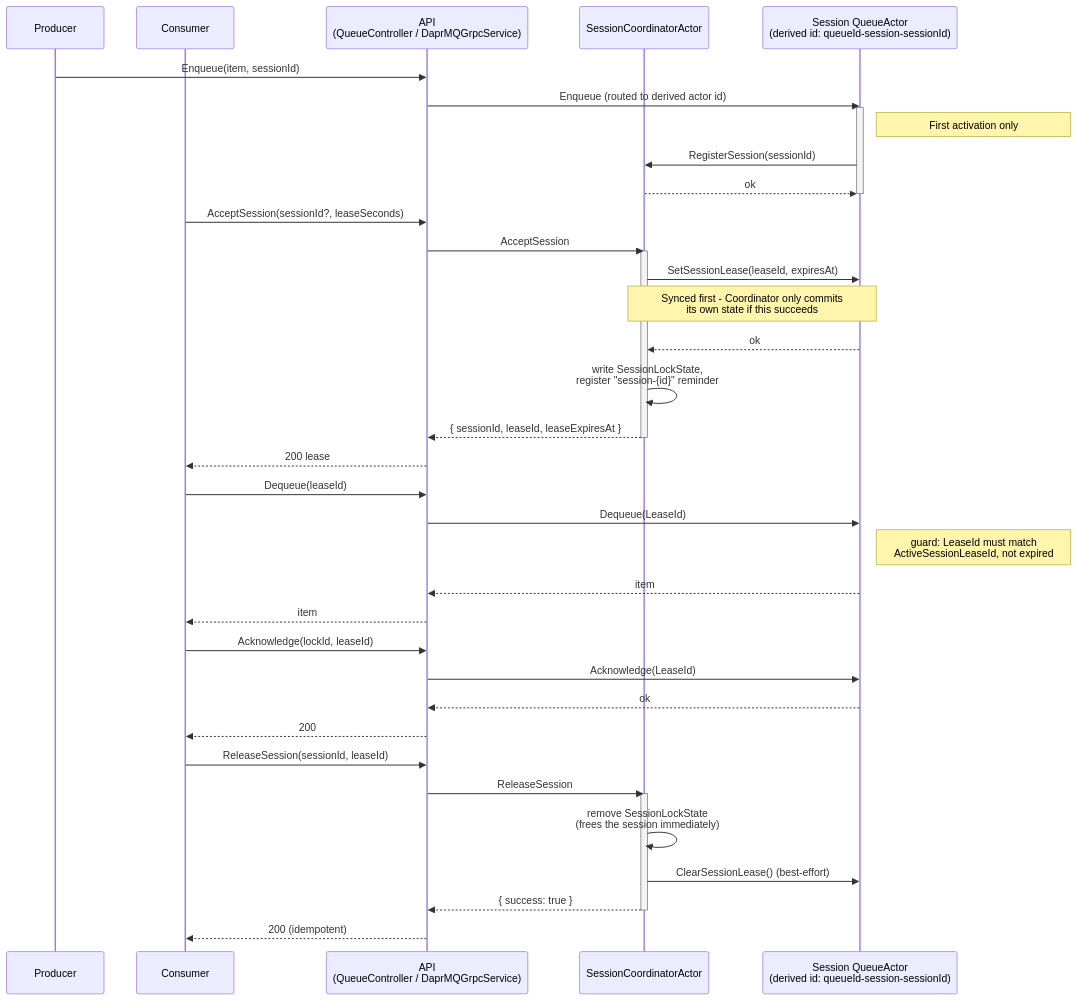
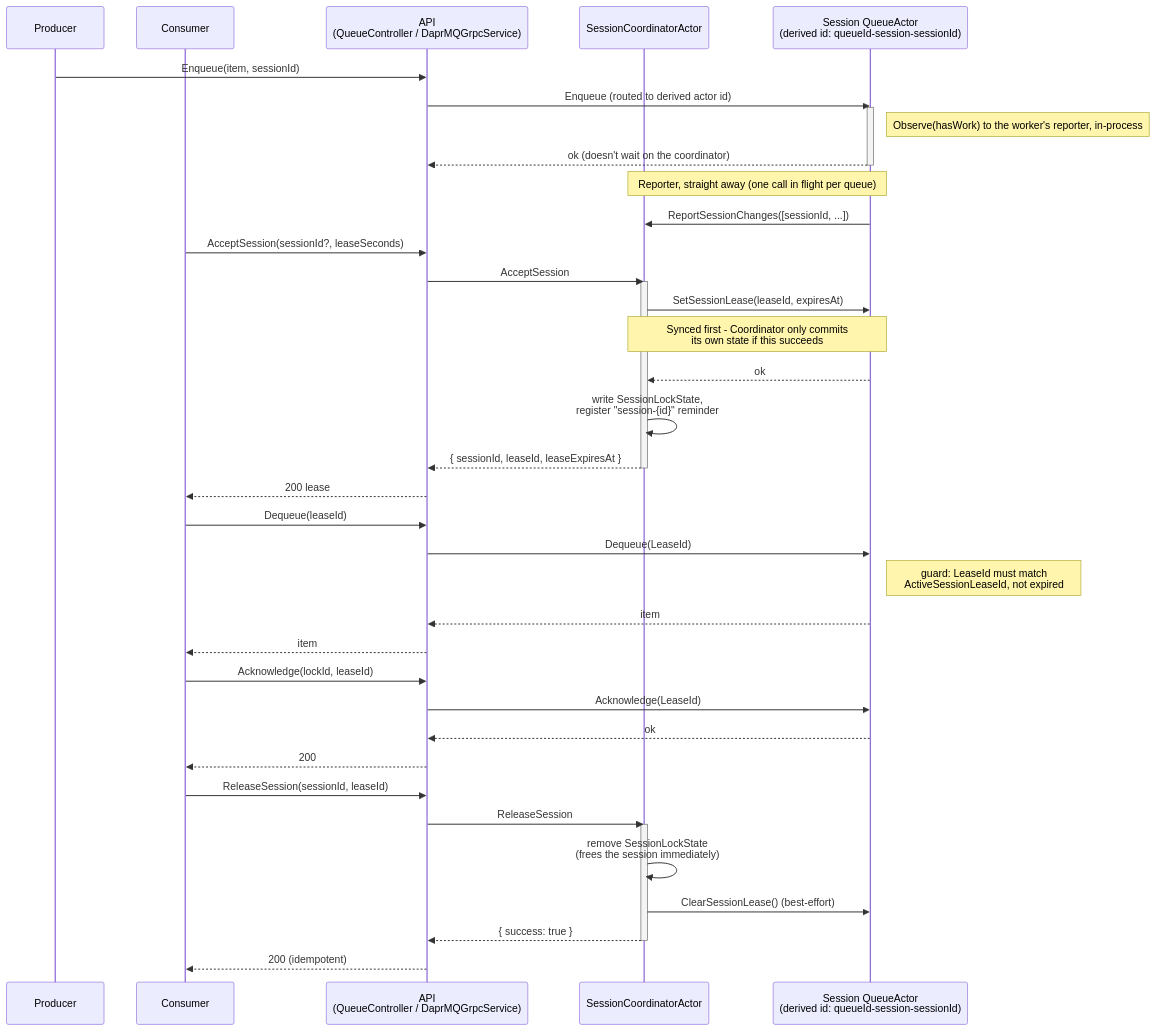
The diagram in docs/design/sessions.md (olitomlinson/dapr-mq), drawn with Mermaid before and after one commit. The commit also changed other lines of this file and 16 other files, not shown here.

````diff
--- a/docs/design/sessions.md
+++ b/docs/design/sessions.md
@@ -50,47 +51,48 @@
 ```mermaid
 sequenceDiagram
     participant Producer
     participant Consumer
     participant API as API<br/>(QueueController / DaprMQGrpcService)
     participant Coordinator as SessionCoordinatorActor
     participant SessionActor as Session QueueActor<br/>(derived id: queueId-session-sessionId)
 
     Producer->>API: Enqueue(item, sessionId)
     API->>SessionActor: Enqueue (routed to derived actor id)
     activate SessionActor
-    Note right of SessionActor: First activation only
-    SessionActor->>Coordinator: RegisterSession(sessionId)
-    Coordinator-->>SessionActor: ok
+    Note right of SessionActor: Observe(hasWork) to the worker's reporter, in-process
+    SessionActor-->>API: ok (doesn't wait on the coordinator)
     deactivate SessionActor
+    Note over SessionActor,Coordinator: Reporter, straight away (one call in flight per queue)
+    SessionActor->>Coordinator: ReportSessionChanges([sessionId, ...])
 
     Consumer->>API: AcceptSession(sessionId?, leaseSeconds)
     API->>Coordinator: AcceptSession
     activate Coordinator
     Coordinator->>SessionActor: SetSessionLease(leaseId, expiresAt)
     Note over Coordinator,SessionActor: Synced first - Coordinator only commits<br/>its own state if this succeeds
     SessionActor-->>Coordinator: ok
     Coordinator->>Coordinator: write SessionLockState,<br/>register "session-{id}" reminder
     Coordinator-->>API: { sessionId, leaseId, leaseExpiresAt }
     deactivate Coordinator
     API-->>Consumer: 200 lease
 
     Consumer->>API: Dequeue(leaseId)
     API->>SessionActor: Dequeue(LeaseId)
     Note right of SessionActor: guard: LeaseId must match<br/>ActiveSessionLeaseId, not expired
     SessionActor-->>API: item
     API-->>Consumer: item
 
     Consumer->>API: Acknowledge(lockId, leaseId)
     API->>SessionActor: Acknowledge(LeaseId)
     SessionActor-->>API: ok
     API-->>Consumer: 200
 
     Consumer->>API: ReleaseSession(sessionId, leaseId)
     API->>Coordinator: ReleaseSession
     activate Coordinator
     Coordinator->>Coordinator: remove SessionLockState<br/>(frees the session immediately)
     Coordinator->>SessionActor: ClearSessionLease() (best-effort)
     Coordinator-->>API: { success: true }
     deactivate Coordinator
     API-->>Consumer: 200 (idempotent)
 ```
````
